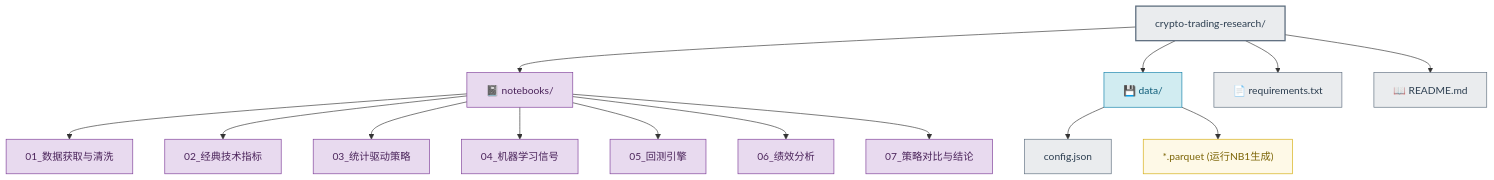
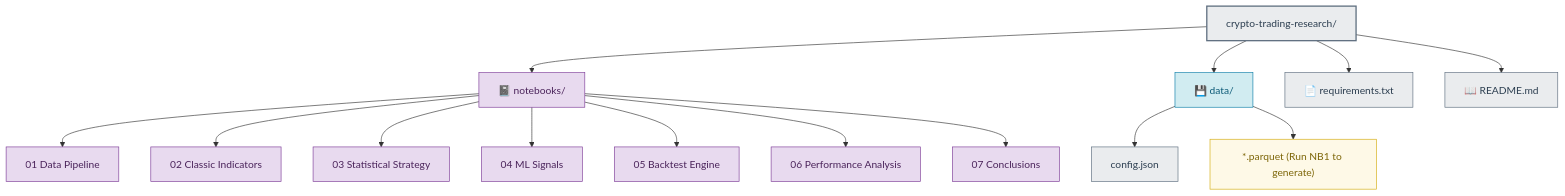
One commit to gh59/crypto-trading-research changed the third of 4 diagrams in README.md. Above: the diagram before and after it, drawn with Mermaid. The commit also changed other lines of this file and 1 other file, not shown here.

````diff
--- a/README.md
+++ b/README.md
@@ -67,25 +74,25 @@
 ```mermaid
 graph TD
     R["crypto-trading-research/"]:::root
     R --> N["📓 notebooks/"]:::nb
     R --> D["💾 data/"]:::data
     R --> S["📄 requirements.txt"]:::file
     R --> M["📖 README.md"]:::file
 
-    N --> N1["01_数据获取与清洗"]:::nb
-    N --> N2["02_经典技术指标"]:::nb
-    N --> N3["03_统计驱动策略"]:::nb
-    N --> N4["04_机器学习信号"]:::nb
-    N --> N5["05_回测引擎"]:::nb
-    N --> N6["06_绩效分析"]:::nb
-    N --> N7["07_策略对比与结论"]:::nb
+    N --> N1["01 Data Pipeline"]:::nb
+    N --> N2["02 Classic Indicators"]:::nb
+    N --> N3["03 Statistical Strategy"]:::nb
+    N --> N4["04 ML Signals"]:::nb
+    N --> N5["05 Backtest Engine"]:::nb
+    N --> N6["06 Performance Analysis"]:::nb
+    N --> N7["07 Conclusions"]:::nb
 
     D --> D1["config.json"]:::file
-    D --> D2["*.parquet (运行NB1生成)"]:::gen
+    D --> D2["*.parquet (Run NB1 to generate)"]:::gen
 
     classDef root fill:#eaecee,stroke:#5d6d7e,color:#2c3e50,stroke-width:2px
     classDef nb fill:#e8daef,stroke:#7d3c98,color:#4a235a,stroke-width:1px
     classDef data fill:#d1ecf1,stroke:#0c7ea8,color:#0c5a77,stroke-width:1px
     classDef file fill:#eaecee,stroke:#5d6d7e,color:#2c3e50,stroke-width:1px
     classDef gen fill:#fef9e7,stroke:#d4ac0d,color:#7d6608,stroke-width:1px
 ```
````
